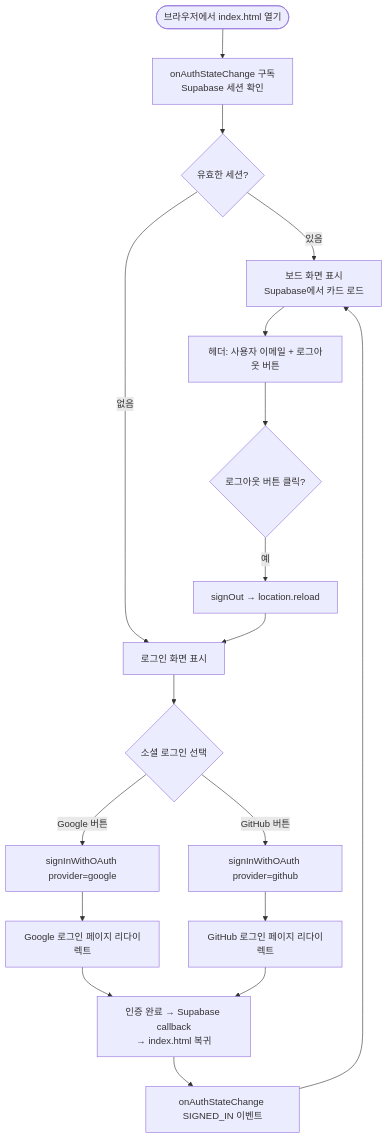
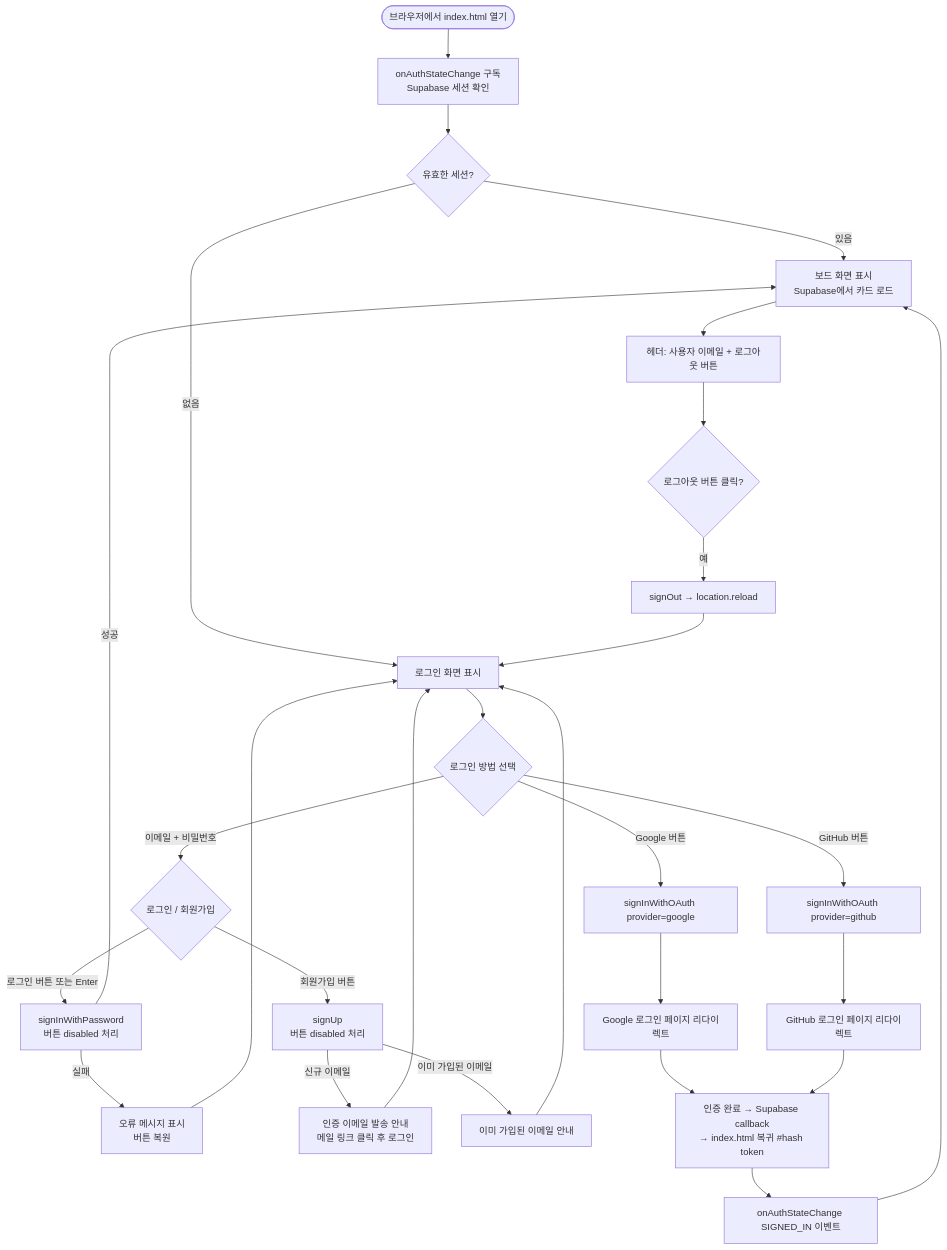
One commit to ksl3011/TEST_KANBAN changed the first of 4 diagrams in UserFlow.md. Above: the diagram before and after it, drawn with Mermaid. The commit also changed other lines of this file and 6 other files, not shown here.

````diff
--- a/UserFlow.md
+++ b/UserFlow.md
@@ -5,26 +5,39 @@
 ```mermaid
 flowchart TD
     A([브라우저에서 index.html 열기]) --> B[onAuthStateChange 구독\nSupabase 세션 확인]
     B --> C{유효한 세션?}
 
     C -- 있음 --> D[보드 화면 표시\nSupabase에서 카드 로드]
     C -- 없음 --> E[로그인 화면 표시]
 
-    E --> F{소셜 로그인 선택}
-    F -- Google 버튼 --> G[signInWithOAuth provider=google]
-    F -- GitHub 버튼 --> H[signInWithOAuth provider=github]
+    E --> F{로그인 방법 선택}
 
-    G --> I[Google 로그인 페이지 리다이렉트]
-    H --> J[GitHub 로그인 페이지 리다이렉트]
+    F -- 이메일 + 비밀번호 --> G{로그인 / 회원가입}
+    G -- 로그인 버튼 또는 Enter --> H[signInWithPassword\n버튼 disabled 처리]
+    H -- 성공 --> D
+    H -- 실패 --> I[오류 메시지 표시\n버튼 복원]
+    I --> E
 
-    I --> K[인증 완료 → Supabase callback\n→ index.html 복귀]
-    J --> K
+    G -- 회원가입 버튼 --> J[signUp\n버튼 disabled 처리]
+    J -- 신규 이메일 --> K[인증 이메일 발송 안내\n메일 링크 클릭 후 로그인]
+    J -- 이미 가입된 이메일 --> L[이미 가입된 이메일 안내]
+    K --> E
+    L --> E
 
-    K --> L[onAuthStateChange SIGNED_IN 이벤트]
-    L --> D
+    F -- Google 버튼 --> M[signInWithOAuth provider=google]
+    F -- GitHub 버튼 --> N[signInWithOAuth provider=github]
 
-    D --> M[헤더: 사용자 이메일 + 로그아웃 버튼]
-    M --> N{로그아웃 버튼 클릭?}
-    N -- 예 --> O[signOut → location.reload]
-    O --> E
+    M --> O[Google 로그인 페이지 리다이렉트]
+    N --> P[GitHub 로그인 페이지 리다이렉트]
+
+    O --> Q[인증 완료 → Supabase callback\n→ index.html 복귀 #hash token]
+    P --> Q
+
+    Q --> R[onAuthStateChange SIGNED_IN 이벤트]
+    R --> D
+
+    D --> S[헤더: 사용자 이메일 + 로그아웃 버튼]
+    S --> T{로그아웃 버튼 클릭?}
+    T -- 예 --> U[signOut → location.reload]
+    U --> E
 ```
````
